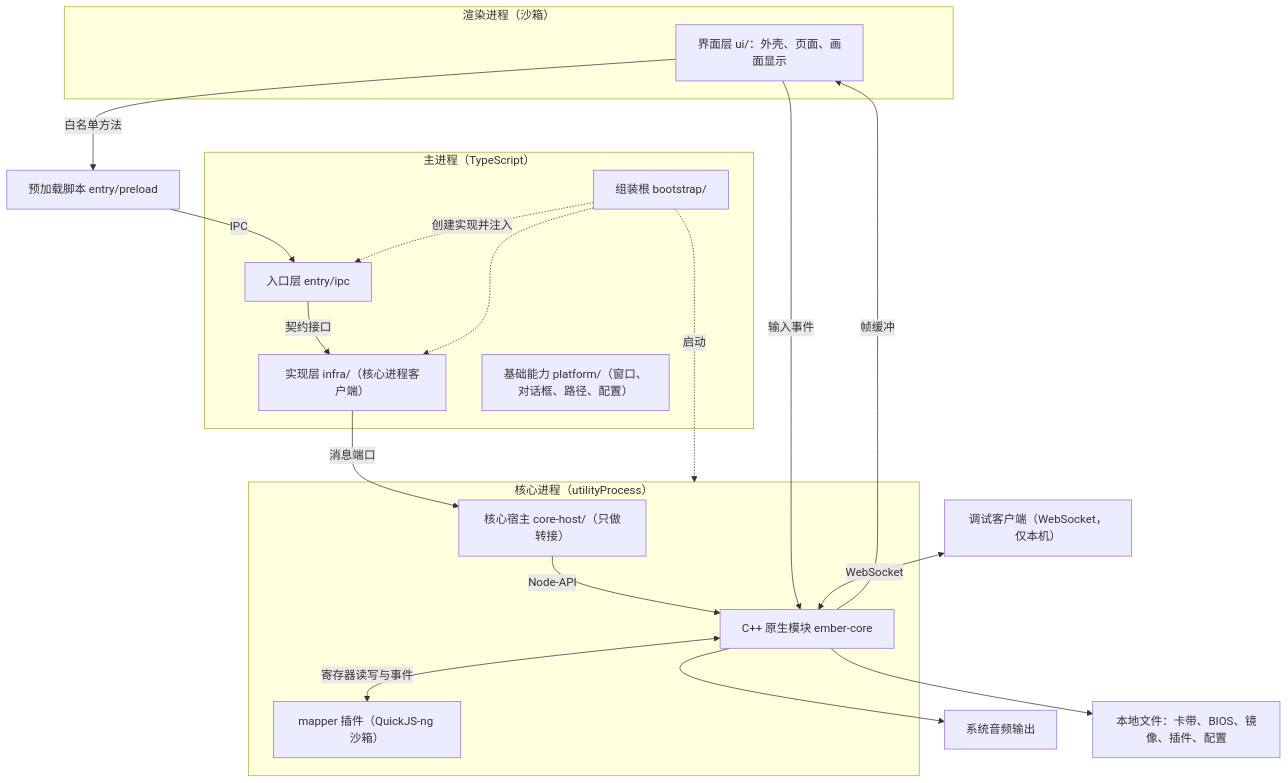
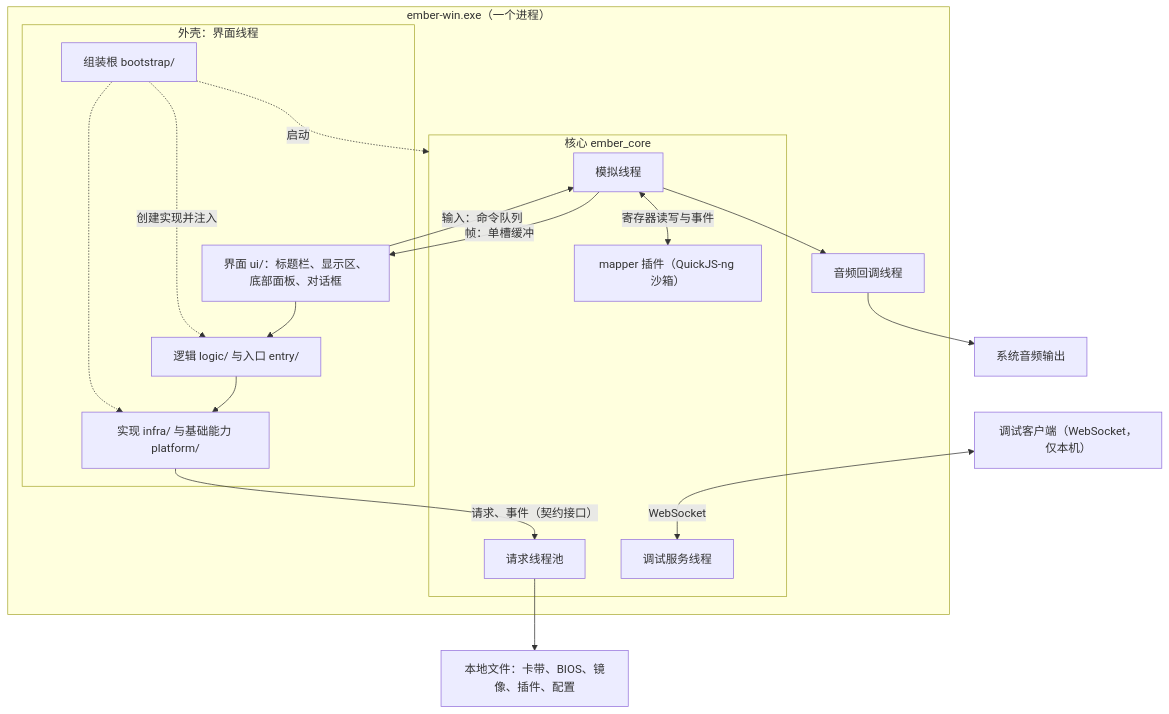
Before and after one commit to sungbindev/famiclone: the diagram in ember/docs/01-软件架构设计.md, drawn with Mermaid. The commit also changed other lines of this file and 5256 other files, not shown here.

First line of the commit message:
Ember：移除 Electron 外壳，Win32 外壳补齐 mapper 对话框、关于、帮助、单文件发布与自动升级

````diff
--- a/ember/docs/01-软件架构设计.md
+++ b/ember/docs/01-软件架构设计.md
@@ -35,36 +38,33 @@
 ```mermaid
 flowchart TB
-  subgraph RENDERER["渲染进程（沙箱）"]
-    UI["界面层 ui/：外壳、页面、画面显示"]
+  subgraph PROCESS["ember-win.exe（一个进程）"]
+    subgraph SHELL["外壳：界面线程"]
+      BOOT["组装根 bootstrap/"]
+      UI["界面 ui/：标题栏、显示区、底部面板、对话框"]
+      LOGIC["逻辑 logic/ 与入口 entry/"]
+      INFRA["实现 infra/ 与基础能力 platform/"]
+    end
+    subgraph CORE["核心 ember_core"]
+      SIM["模拟线程"]
+      POOL["请求线程池"]
+      DBG["调试服务线程"]
+      PLUGINS["mapper 插件（QuickJS-ng 沙箱）"]
+    end
+    AUDIO["音频回调线程"]
   end
-  PRE["预加载脚本 entry/preload"]
-  subgraph MAIN["主进程（TypeScript）"]
-    BOOT["组装根 bootstrap/"]
-    ENTRY["入口层 entry/ipc"]
-    INFRA["实现层 infra/（核心进程客户端）"]
-    PLAT["基础能力 platform/（窗口、对话框、路径、配置）"]
-  end
-  subgraph CORE["核心进程（utilityProcess）"]
-    HOST["核心宿主 core-host/（只做转接）"]
-    NATIVE["C++ 原生模块 ember-core"]
-    PLUGINS["mapper 插件（QuickJS-ng 沙箱）"]
-  end
-  DEBUG["调试客户端（WebSocket，仅本机）"]
-  AUDIO["系统音频输出"]
+  DEBUGCLIENT["调试客户端（WebSocket，仅本机）"]
   FILES["本地文件：卡带、BIOS、镜像、插件、配置"]
+  OUT["系统音频输出"]
 
-  UI -->|"白名单方法"| PRE
-  PRE -->|"IPC"| ENTRY
-  ENTRY -->|"契约接口"| INFRA
-  INFRA -->|"消息端口"| HOST
-  HOST -->|"Node-API"| NATIVE
-  NATIVE <-->|"寄存器读写与事件"| PLUGINS
-  NATIVE -->|"帧缓冲"| UI
-  UI -->|"输入事件"| NATIVE
-  NATIVE --> AUDIO
-  NATIVE --> FILES
-  DEBUG <-->|"WebSocket"| NATIVE
-  BOOT -.->|"创建实现并注入"| ENTRY
+  UI --> LOGIC --> INFRA
+  INFRA -->|"请求、事件（契约接口）"| POOL
+  SIM -->|"帧：单槽缓冲"| UI
+  UI -->|"输入：命令队列"| SIM
+  SIM <-->|"寄存器读写与事件"| PLUGINS
+  SIM --> AUDIO --> OUT
+  POOL --> FILES
+  DEBUGCLIENT <-->|"WebSocket"| DBG
+  BOOT -.->|"创建实现并注入"| LOGIC
   BOOT -.-> INFRA
   BOOT -.->|"启动"| CORE
 ```
````
